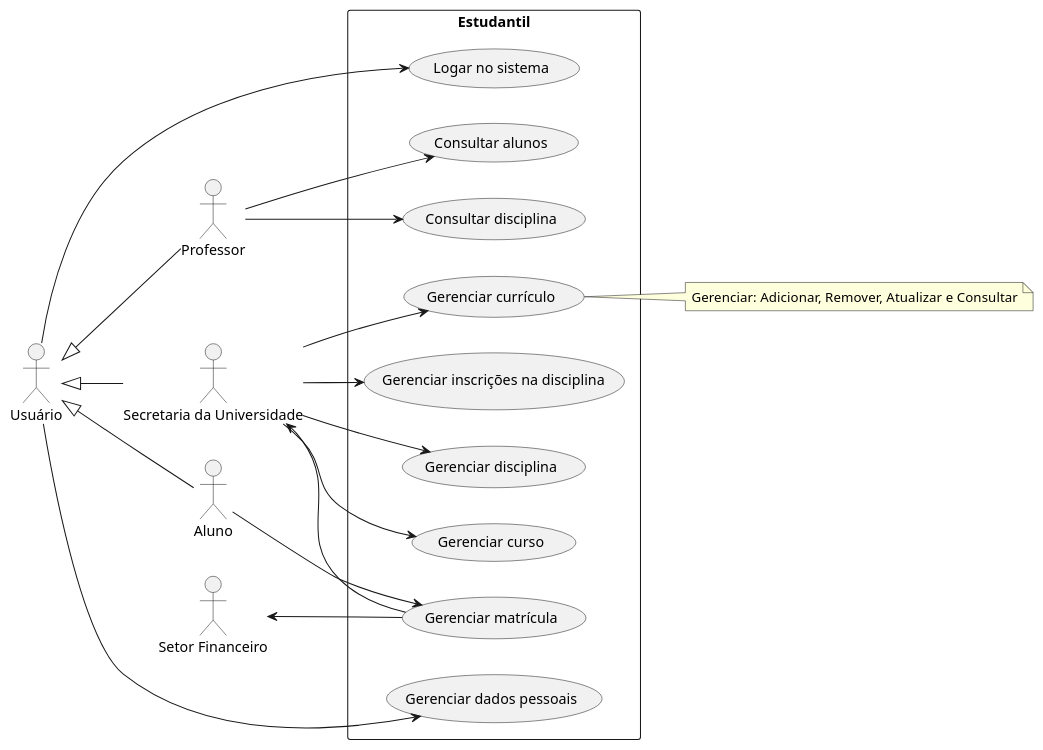
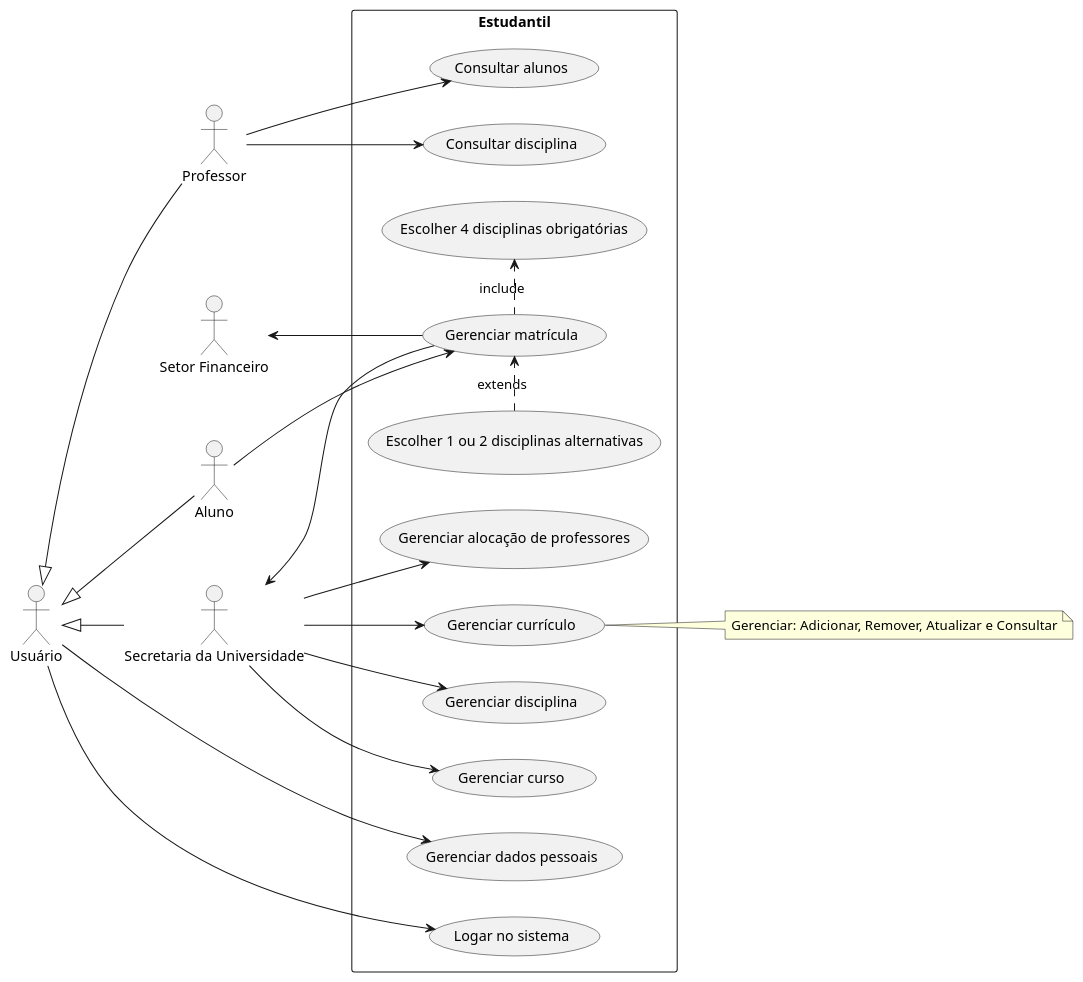
The diagram in projeto 1/project/useCaseDiagram.plantuml (migueltico2/laboratorio-de-desenvolvimento-de-software), drawn with PlantUML before and after one commit. The commit also changed 7 other files, not shown here.

Commit message:
feat: add class diagram and java project

```diff
--- a/projeto 1/project/useCaseDiagram.plantuml
+++ b/projeto 1/project/useCaseDiagram.plantuml
@@ -1,46 +1,51 @@
 @startuml
 
 left to right direction
 
 actor "Usuário" as User
 actor Aluno as A
 actor Professor as P
 actor "Secretaria da Universidade" as SU
 actor "Setor Financeiro" as F
 
 rectangle Estudantil {
 usecase "Gerenciar currículo" as UC1
 usecase "Gerenciar matrícula" as UC2
 usecase "Consultar disciplina" as UC3
 usecase "Gerenciar disciplina" as UC4
 usecase "Gerenciar curso" as UC5
-usecase "Gerenciar inscrições na disciplina" as UC6
+usecase "Gerenciar alocação de professores" as UC6
 usecase "Consultar alunos" as UC7
 usecase "Gerenciar dados pessoais" as UC8
 usecase "Logar no sistema" as UC9
+usecase "Escolher 1 ou 2 disciplinas alternativas" as UC10
+usecase "Escolher 4 disciplinas obrigatórias" as UC11
 }
+
+UC2 .> UC11 : include
+UC10 .> UC2 : extends
 
 User <|-- A
 User <|-- P
 User <|-- SU
 
 User --> UC8
 User --> UC9
 
 SU --> UC1
 SU --> UC4
 SU --> UC5
 SU --> UC6
 
 A --> UC2
 SU <-- UC2
 F <-- UC2
 
 P --> UC7
 P --> UC3
 
 note right of UC1
     Gerenciar: Adicionar, Remover, Atualizar e Consultar
 end note
 
 @enduml
```
